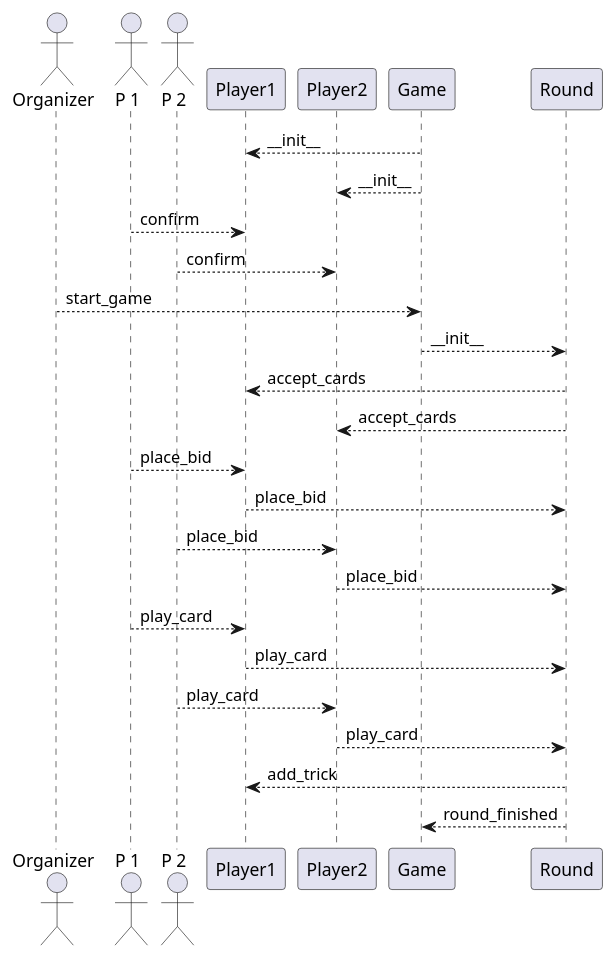
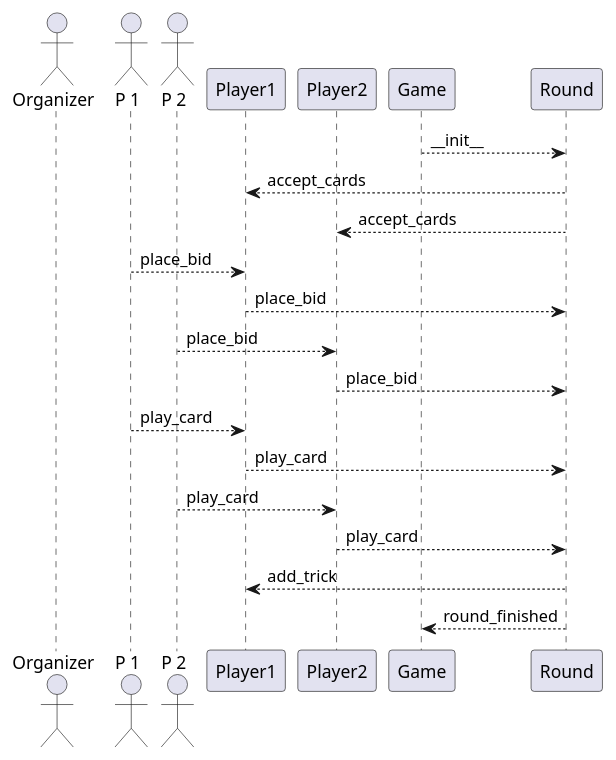
One commit to pcrama/rikiki changed the third of 4 diagrams in README.org. Above: the diagram before and after it, drawn with PlantUML. The commit also changed other lines of this file and 4 other files, not shown here.

Commit message:
Start implementing Game

```diff
--- a/README.org
+++ b/README.org
@@ -99,27 +137,22 @@
 #+BEGIN_SRC plantuml :file doc/models_player_round_sequence_diagram.png
   actor Organizer as O
   actor "P 1" as A1
   actor "P 2" as A2
   participant "Player1" as P1
   participant "Player2" as P2
   participant Game as G
   participant Round as R
-  G --> P1 : _~_init~_~_
-  G --> P2 : _~_init~_~_
-  A1 --> P1 : confirm
-  A2 --> P2 : confirm
-  O --> G : start_game
   G --> R : _~_init~_~_
   R --> P1 : accept_cards
   R --> P2 : accept_cards
   A1 --> P1 : place_bid
   P1 --> R : place_bid
   A2 --> P2 : place_bid
   P2 --> R : place_bid
   A1 --> P1 : play_card
   P1 --> R : play_card
   A2 --> P2 : play_card
   P2 --> R : play_card
   R --> P1 : add_trick
   R --> G : round_finished  
 #+END_SRC
```
